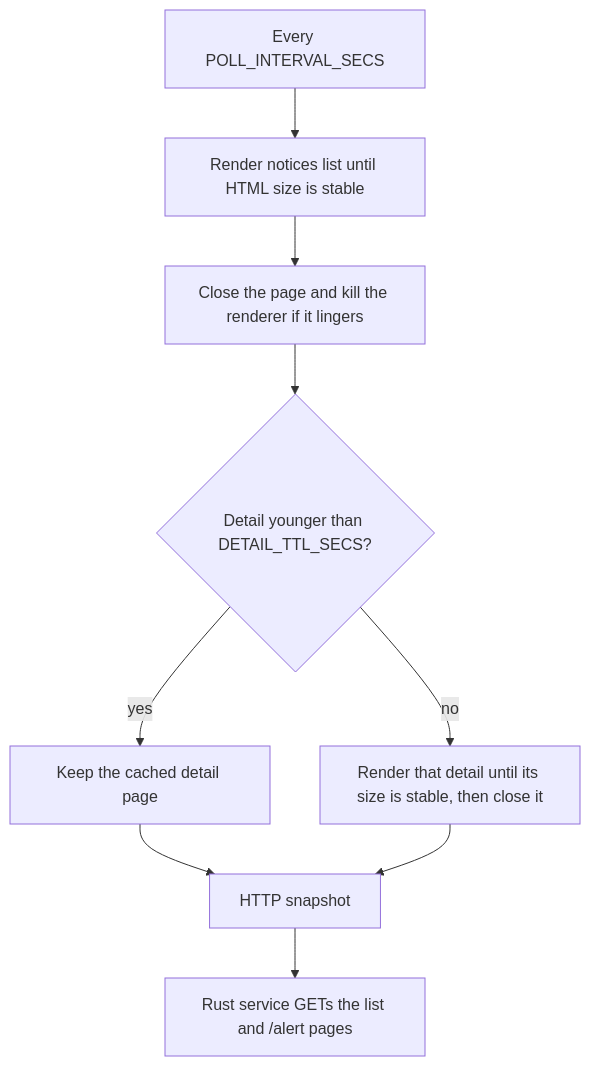
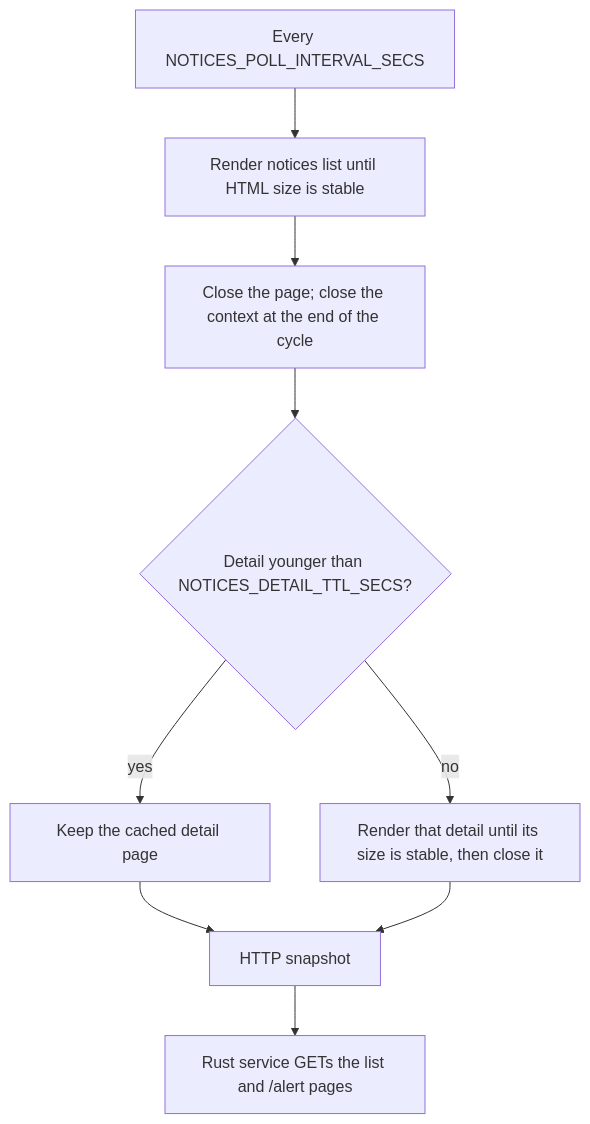
The sixth of 9 diagrams in README.md (sohampatwardhan/Amtrak-GTFS-RT), drawn with Mermaid before and after one commit. The commit also changed other lines of this file and 117 other files, not shown here.

````diff
--- a/README.md
+++ b/README.md
@@ -654,11 +654,11 @@
 ```mermaid
 flowchart TD
-  tick["Every POLL_INTERVAL_SECS"] --> list["Render notices list until HTML size is stable"]
-  list --> kill["Close the page and kill the renderer if it lingers"]
-  kill --> due{"Detail younger than DETAIL_TTL_SECS?"}
+  tick["Every NOTICES_POLL_INTERVAL_SECS"] --> list["Render notices list until HTML size is stable"]
+  list --> kill["Close the page; close the context at the end of the cycle"]
+  kill --> due{"Detail younger than NOTICES_DETAIL_TTL_SECS?"}
   due -->|yes| cache["Keep the cached detail page"]
   due -->|no| detail["Render that detail until its size is stable, then close it"]
   cache --> http["HTTP snapshot"]
   detail --> http
   http --> service["Rust service GETs the list and /alert pages"]
 ```
````
